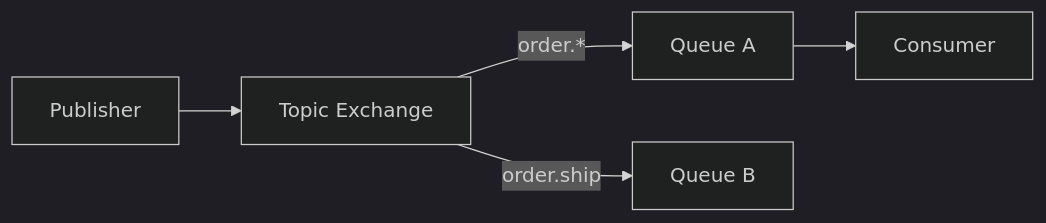
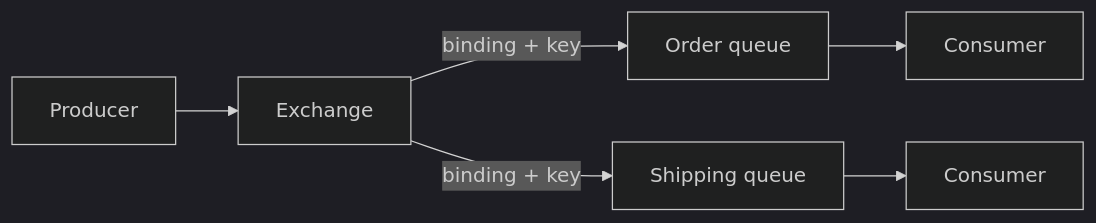
One commit to hareramcse/SystemDesign changed the eighth of 24 diagrams in 06-messaging-and-events/README.md. Above: the diagram before and after it, drawn with Mermaid (dark theme). The commit also changed other lines of this file and 14 other files, not shown here.

````diff
--- a/06-messaging-and-events/README.md
+++ b/06-messaging-and-events/README.md
@@ -1718,7 +934,8 @@
 ```mermaid
 flowchart LR
-    Pub[Publisher] --> Ex[Topic Exchange]
-    Ex -->|order.*| Q1[Queue A]
-    Ex -->|order.ship| Q2[Queue B]
+    Pub[Producer] --> Ex[Exchange]
+    Ex -->|binding + key| Q1[Order queue]
+    Ex -->|binding + key| Q2[Shipping queue]
     Q1 --> C1[Consumer]
+    Q2 --> C2[Consumer]
 ```
````
